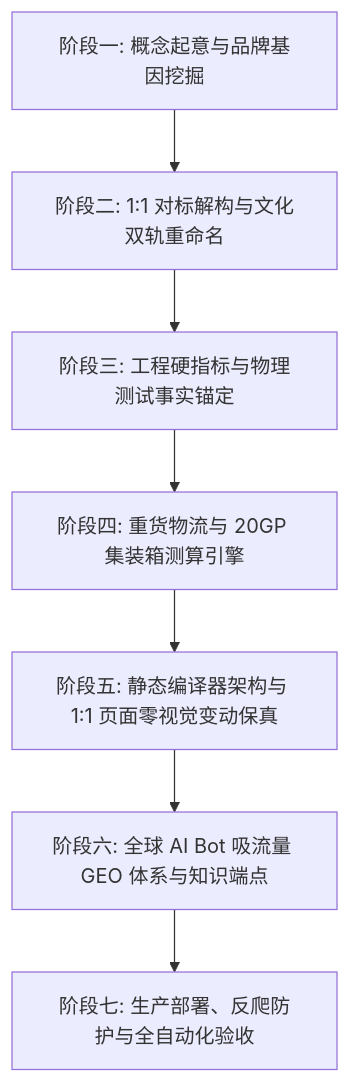
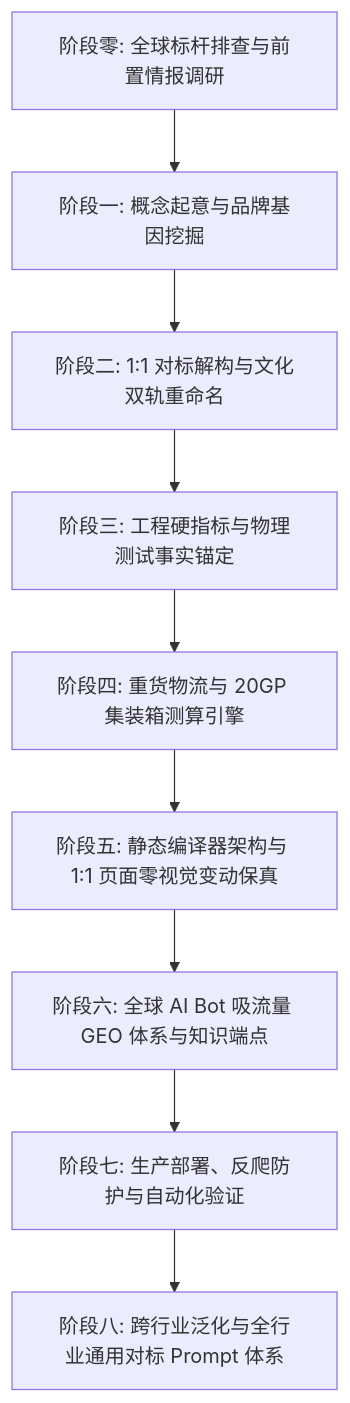
The diagram in SKILL.md (cnproduct/b2b-limestone-geo-site-builder), drawn with Mermaid before and after one commit. The commit also changed other lines of this file and 3 other files, not shown here.

````diff
--- a/SKILL.md
+++ b/SKILL.md
@@ -14,9 +14,11 @@
 ```mermaid
 flowchart TD
-    A[阶段一: 概念起意与品牌基因挖掘] --> B[阶段二: 1:1 对标解构与文化双轨重命名]
+    Z[阶段零: 全球标杆排查与前置情报调研] --> A[阶段一: 概念起意与品牌基因挖掘]
+    A --> B[阶段二: 1:1 对标解构与文化双轨重命名]
     B --> C[阶段三: 工程硬指标与物理测试事实锚定]
     C --> D[阶段四: 重货物流与 20GP 集装箱测算引擎]
     D --> E[阶段五: 静态编译器架构与 1:1 页面零视觉变动保真]
     E --> F[阶段六: 全球 AI Bot 吸流量 GEO 体系与知识端点]
-    F --> G[阶段七: 生产部署、反爬防护与全自动化验收]
+    F --> G[阶段七: 生产部署、反爬防护与自动化验证]
+    G --> H[阶段八: 跨行业泛化与全行业通用对标 Prompt 体系]
 ```
````
